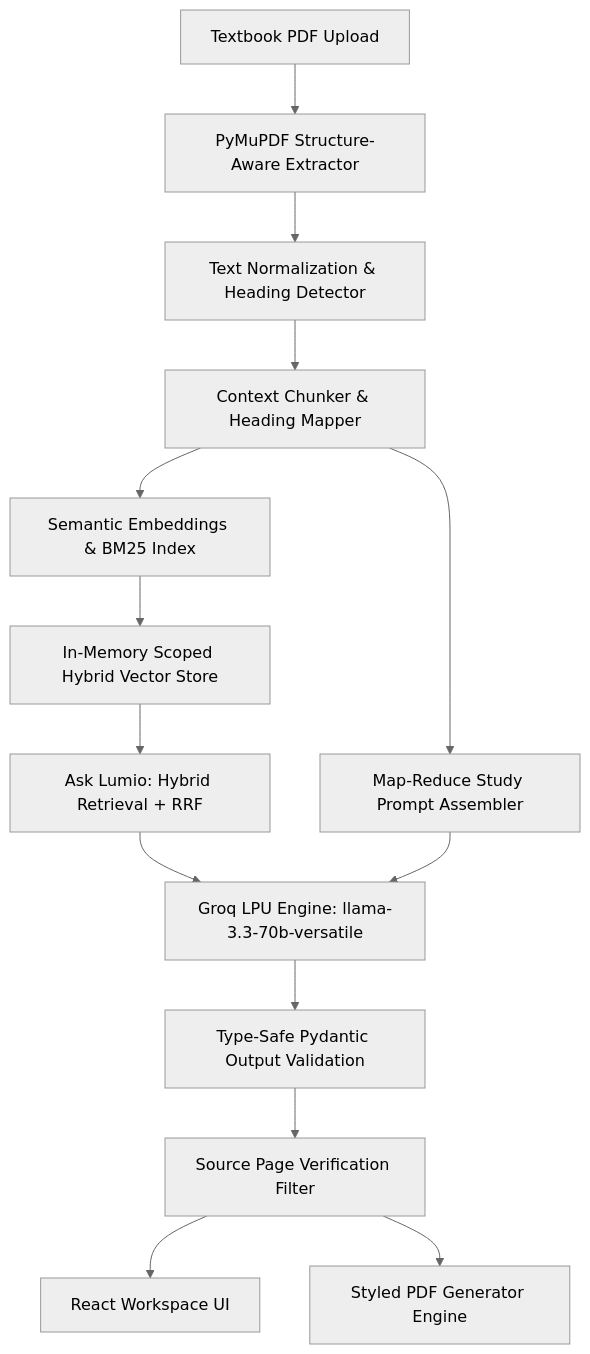
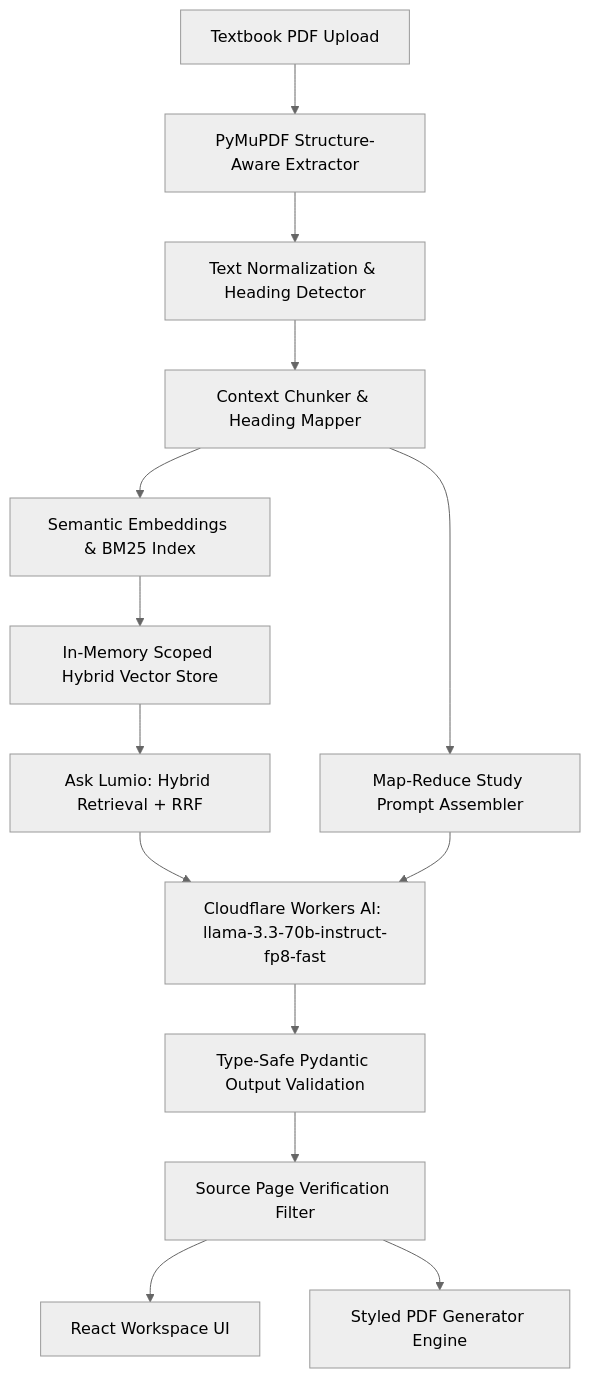
The diagram in README.md (chetanaybuilder/Lumio), drawn with Mermaid (neutral theme) before and after one commit. The commit also changed other lines of this file and 28 other files, not shown here.

Commit message:
feat(llm): migrate inference to Cloudflare Workers AI with fallback and update Cloudflare Pages deployment

````diff
--- a/README.md
+++ b/README.md
@@ -46,19 +46,19 @@
 ```mermaid
 graph TD
     A[Textbook PDF Upload] --> B[PyMuPDF Structure-Aware Extractor]
     B --> C[Text Normalization & Heading Detector]
     C --> D[Context Chunker & Heading Mapper]
     D --> E[Semantic Embeddings & BM25 Index]
     E --> F[In-Memory Scoped Hybrid Vector Store]
     
     F --> G[Ask Lumio: Hybrid Retrieval + RRF]
     D --> H[Map-Reduce Study Prompt Assembler]
     
-    G --> I[Groq LPU Engine: llama-3.3-70b-versatile]
-    H --> I[Groq LPU Engine: llama-3.3-70b-versatile]
+    G --> I[Cloudflare Workers AI: llama-3.3-70b-instruct-fp8-fast]
+    H --> I[Cloudflare Workers AI: llama-3.3-70b-instruct-fp8-fast]
     
     I --> J[Type-Safe Pydantic Output Validation]
     J --> K[Source Page Verification Filter]
     K --> L[React Workspace UI]
     K --> M[Styled PDF Generator Engine]
 ```
````
